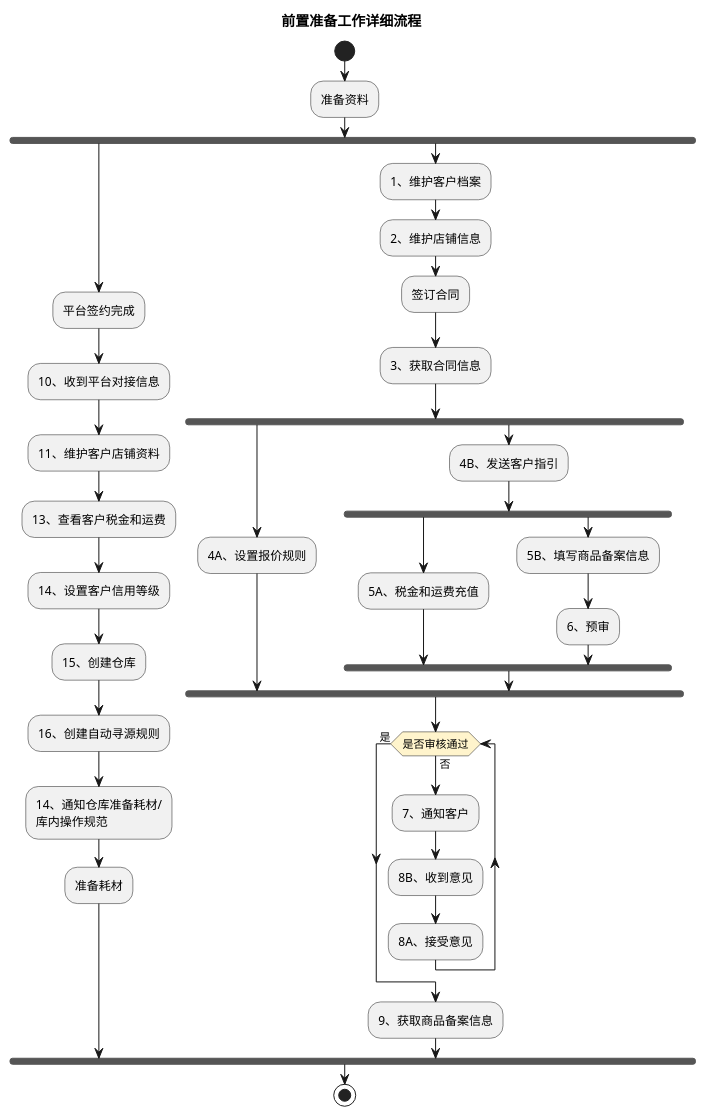
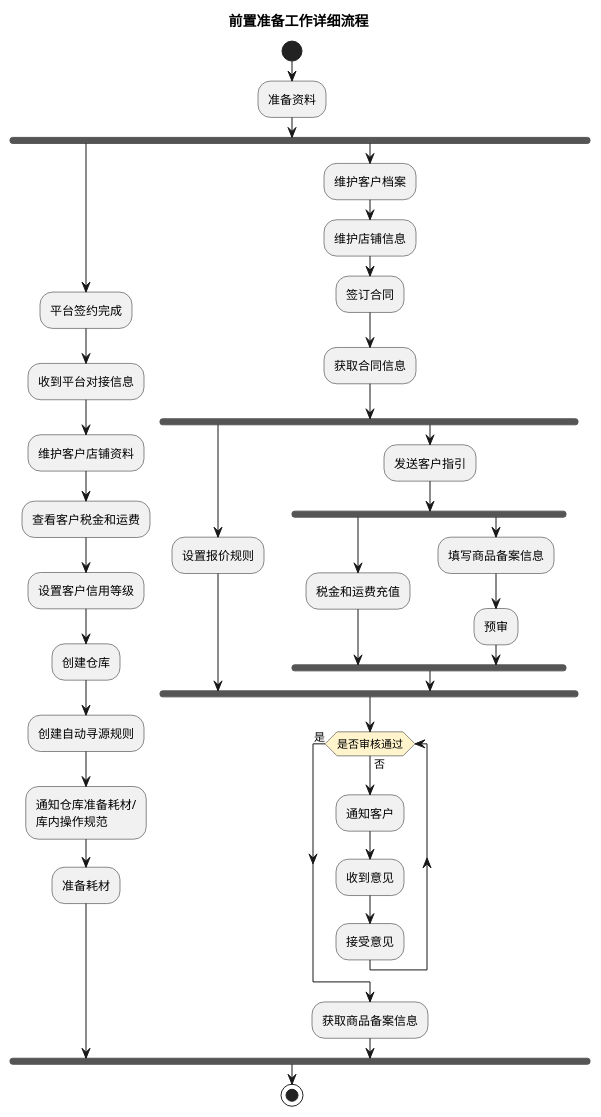
One commit to jack888332/projects-doc changed the first of 2 diagrams in product-caliber/goldjet/segmented-prd/mainflow/PRD.高捷物流系统一期.主流程.02.前置准备与服务开通流程.md. Above: the diagram before and after it, drawn with PlantUML. The commit also changed 24 other files, not shown here.

````diff
--- a/product-caliber/goldjet/segmented-prd/mainflow/PRD.高捷物流系统一期.主流程.02.前置准备与服务开通流程.md
+++ b/product-caliber/goldjet/segmented-prd/mainflow/PRD.高捷物流系统一期.主流程.02.前置准备与服务开通流程.md
@@ -12,42 +12,42 @@
 ```plantuml
 @startuml
 skinparam activityDiamondBackgroundColor #FFF4CC
 title 前置准备工作详细流程
 start
 :准备资料;
 fork
   :平台签约完成;
-  :10、收到平台对接信息;
-  :11、维护客户店铺资料;
-  :13、查看客户税金和运费;
-  :14、设置客户信用等级;
-  :15、创建仓库;
-  :16、创建自动寻源规则;
-  :14、通知仓库准备耗材/\n库内操作规范;
+  :收到平台对接信息;
+  :维护客户店铺资料;
+  :查看客户税金和运费;
+  :设置客户信用等级;
+  :创建仓库;
+  :创建自动寻源规则;
+  :通知仓库准备耗材/\n库内操作规范;
   :准备耗材;
 fork again
-  :1、维护客户档案;
-  :2、维护店铺信息;
+  :维护客户档案;
+  :维护店铺信息;
   :签订合同;
-  :3、获取合同信息;
+  :获取合同信息;
   fork
-    :4A、设置报价规则;
+    :设置报价规则;
   fork again
-    :4B、发送客户指引;
+    :发送客户指引;
     fork
-      :5A、税金和运费充值;
+      :税金和运费充值;
     fork again
-      :5B、填写商品备案信息;
-      :6、预审;
+      :填写商品备案信息;
+      :预审;
     end fork
   end fork
   while (是否审核通过) is (否)
-    :7、通知客户;
-    :8B、收到意见;
-    :8A、接受意见;
+    :通知客户;
+    :收到意见;
+    :接受意见;
   endwhile (是)
-  :9、获取商品备案信息;
+  :获取商品备案信息;
 end fork
 stop
 @enduml
 ```
````
